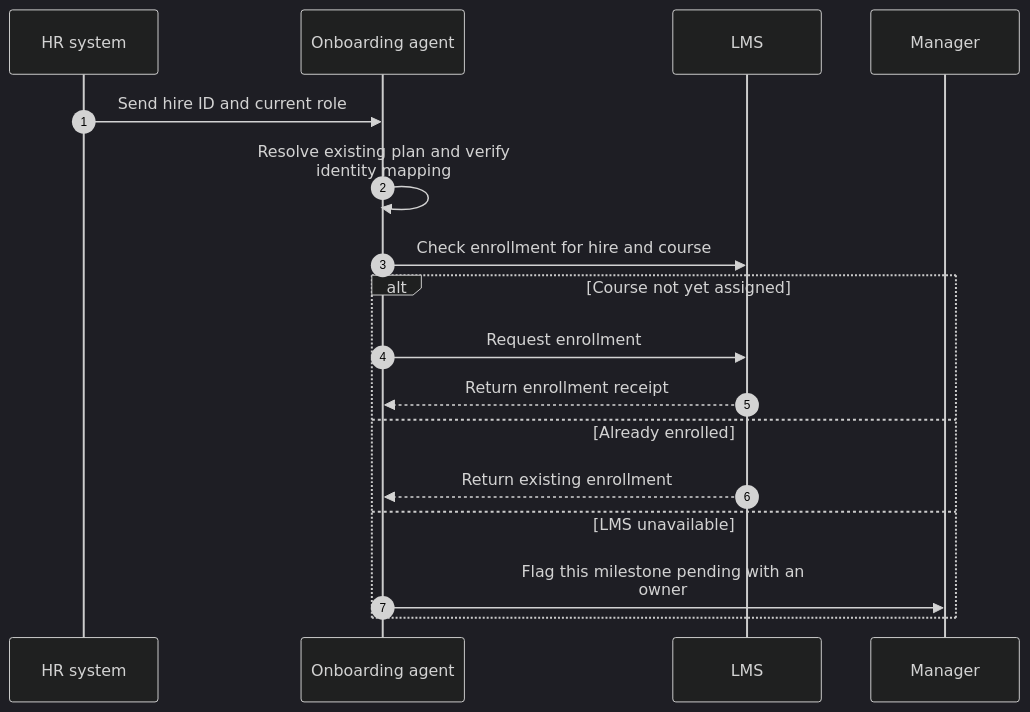
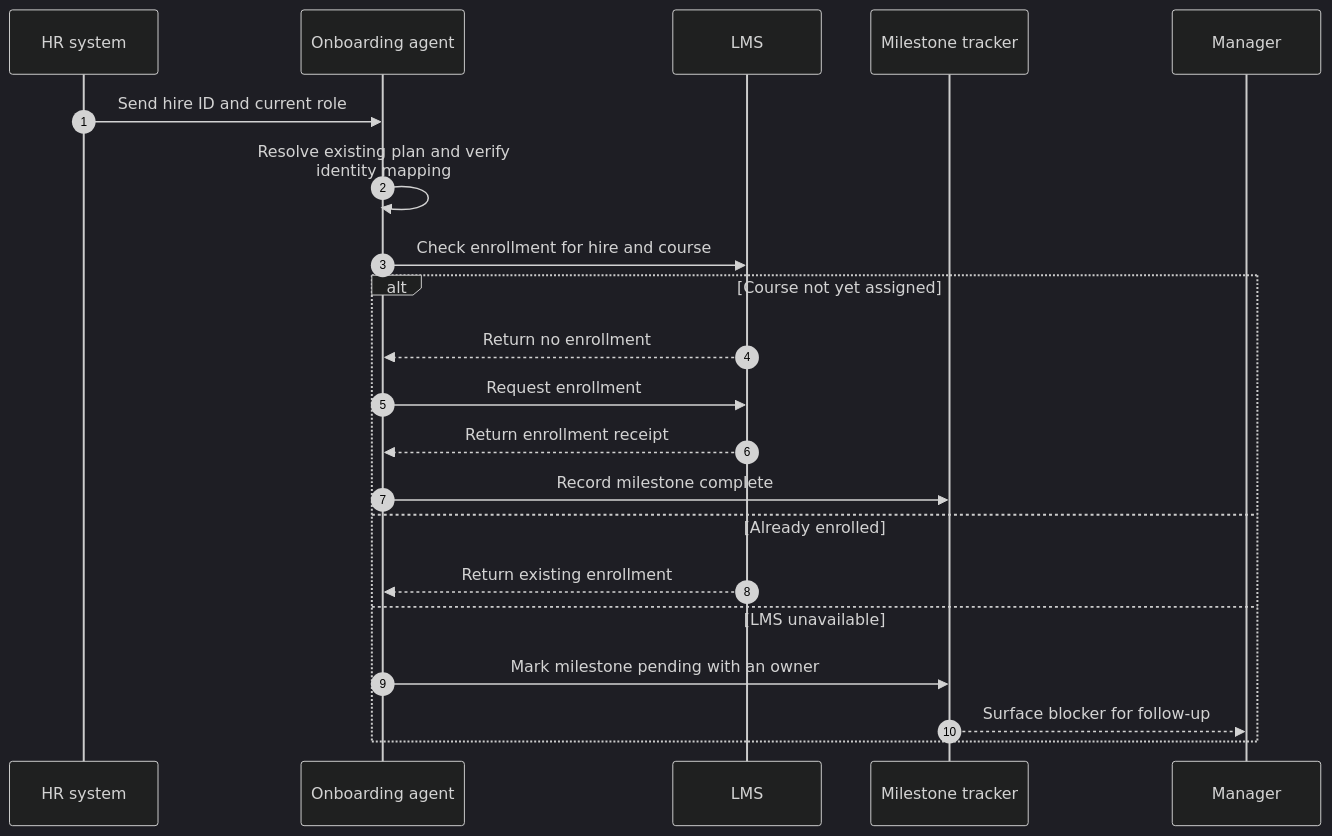
The second of 2 diagrams in solution-ideas/new-hire-onboarding.md (abhishek-ai-enabler/copilotstudio-architecture-patterns), drawn with Mermaid (dark theme) before and after one commit. The commit also changed other lines of this file and 41 other files, not shown here.

First line of the commit message:
Review diagrams: add return paths and fix flow accuracy

````diff
--- a/solution-ideas/new-hire-onboarding.md
+++ b/solution-ideas/new-hire-onboarding.md
@@ -36,20 +37,24 @@
 ```mermaid
 sequenceDiagram
     accTitle: Coordinate new-hire tasks across HR and learning systems - technical flow
     autonumber
     participant R as HR system
     participant A as Onboarding agent
     participant L as LMS
+    participant M as Milestone tracker
     participant H as Manager
     R->>A: Send hire ID and current role
     A->>A: Resolve existing plan and verify<br/>identity mapping
     A->>L: Check enrollment for hire and course
     alt Course not yet assigned
-        A->>L: Request enrollment
-        L-->>A: Return enrollment receipt
+      L-->>A: Return no enrollment
+      A->>L: Request enrollment
+      L-->>A: Return enrollment receipt
+      A->>M: Record milestone complete
     else Already enrolled
-        L-->>A: Return existing enrollment
+      L-->>A: Return existing enrollment
     else LMS unavailable
-        A->>H: Flag this milestone pending with an<br/>owner
+      A->>M: Mark milestone pending with an owner
+      M-->>H: Surface blocker for follow-up
     end
 ```
````
